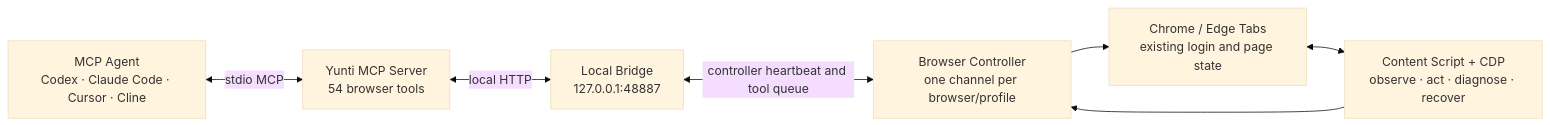
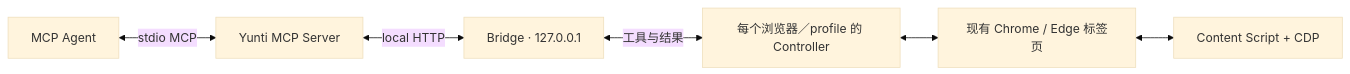
The diagram in README.md (BoCodeLab/yunti-browser-runtime), drawn with Mermaid (base theme) before and after one commit. The commit also changed other lines of this file and 8 other files, not shown here.

````diff
--- a/README.md
+++ b/README.md
@@ -300,16 +189,8 @@
 ```mermaid
 flowchart LR
-    A["MCP Agent<br/>Codex · Claude Code · Cursor · Cline"]
-    M["Yunti MCP Server<br/>54 browser tools"]
-    B["Local Bridge<br/>127.0.0.1:48887"]
-    C["Browser Controller<br/>one channel per browser/profile"]
-    P["Chrome / Edge Tabs<br/>existing login and page state"]
-    D["Content Script + CDP<br/>observe · act · diagnose · recover"]
-
-    A <-->|stdio MCP| M
-    M <-->|local HTTP| B
-    B <-->|controller heartbeat and tool queue| C
-    C --> P
-    P <--> D
-    D --> C
+    A["MCP Agent"] <-->|stdio MCP| M["Yunti MCP Server"]
+    M <-->|local HTTP| B["Bridge · 127.0.0.1"]
+    B <-->|工具与结果| C["每个浏览器／profile 的 Controller"]
+    C <--> P["现有 Chrome / Edge 标签页"]
+    P <--> D["Content Script + CDP"]
 ```
````
